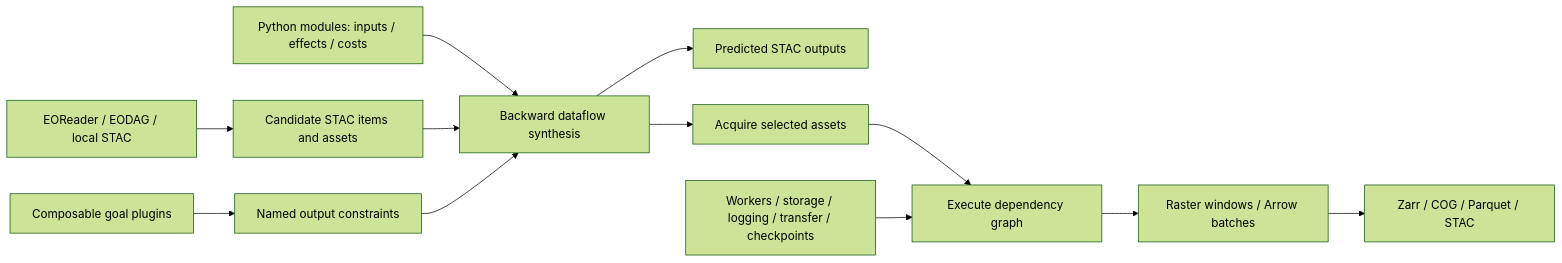
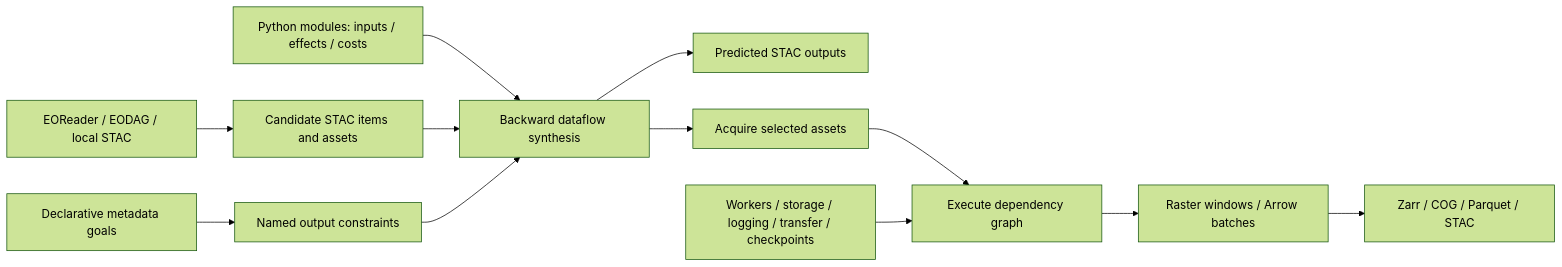
One commit to autostacgis/autostacgis-python changed the diagram in README.md. Above: the diagram before and after it, drawn with Mermaid (forest theme). The commit also changed other lines of this file and 134 other files, not shown here.

````diff
--- a/README.md
+++ b/README.md
@@ -7,14 +7,14 @@
 ```mermaid
 flowchart LR
     Sources[EOReader / EODAG / local STAC] --> Inventory[Candidate STAC items and assets]
-    Goals[Composable goal plugins] --> Constraints[Named output constraints]
+    Goals[Declarative metadata goals] --> Constraints[Named output constraints]
     Modules[Python modules: inputs / effects / costs] --> Search[Backward dataflow synthesis]
     Inventory --> Search
     Constraints --> Search
     Search --> Preview[Predicted STAC outputs]
     Search --> Acquire[Acquire selected assets]
     Acquire --> Execute[Execute dependency graph]
     Services[Workers / storage / logging / transfer / checkpoints] --> Execute
     Execute --> Streams[Raster windows / Arrow batches]
     Streams --> Writers[Zarr / COG / Parquet / STAC]
 ```
````
